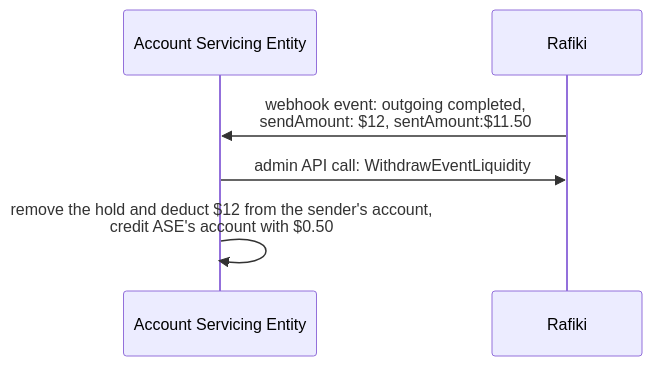
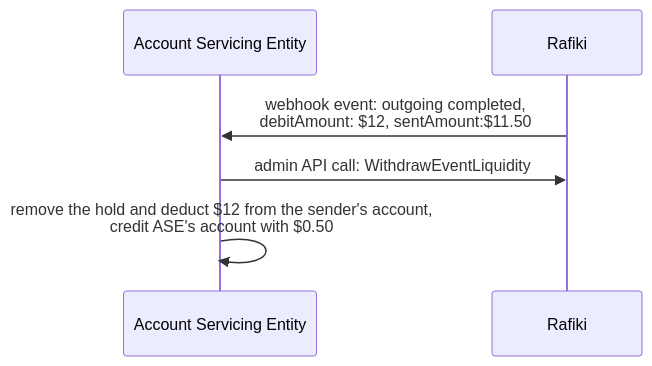
The fifth of 10 diagrams in packages/documentation/src/content/docs/integration/event-handlers.md (interledger/rafiki), drawn with Mermaid before and after one commit. The commit also changed other lines of this file and 2 other files, not shown here.

Commit message:
refactor(documentation): rename sendAmount to debitAmount

````diff
--- a/packages/documentation/src/content/docs/integration/event-handlers.md
+++ b/packages/documentation/src/content/docs/integration/event-handlers.md
@@ -78,10 +78,10 @@
 ```mermaid
 sequenceDiagram
 
 participant ASE as Account Servicing Entity
 participant R as Rafiki
 
-R->>ASE: webhook event: outgoing completed,<br>sendAmount: $12, sentAmount:$11.50
+R->>ASE: webhook event: outgoing completed,<br>debitAmount: $12, sentAmount:$11.50
 ASE->>R: admin API call: WithdrawEventLiquidity
 ASE->>ASE: remove the hold and deduct $12 from the sender's account,<br>credit ASE's account with $0.50
 ```
````
